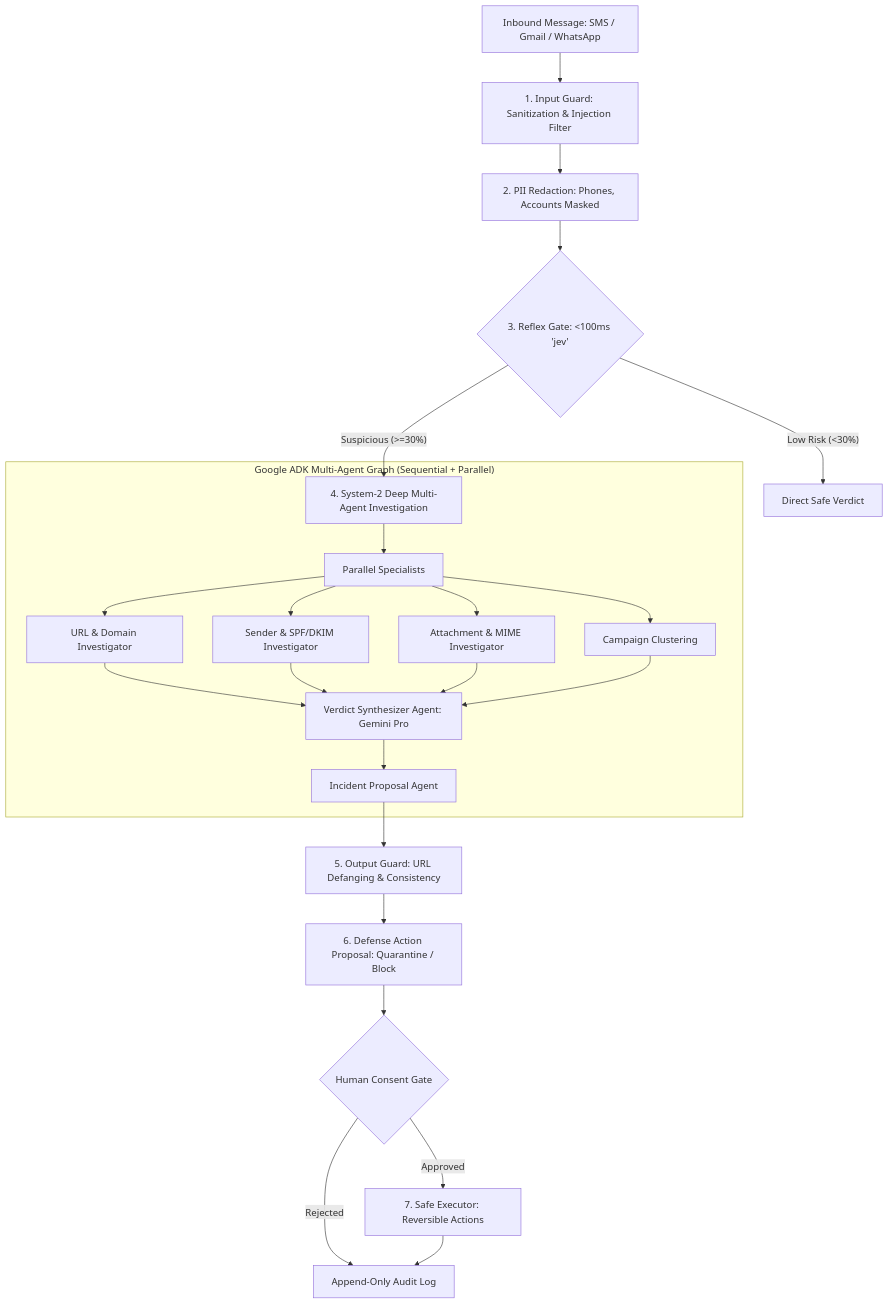
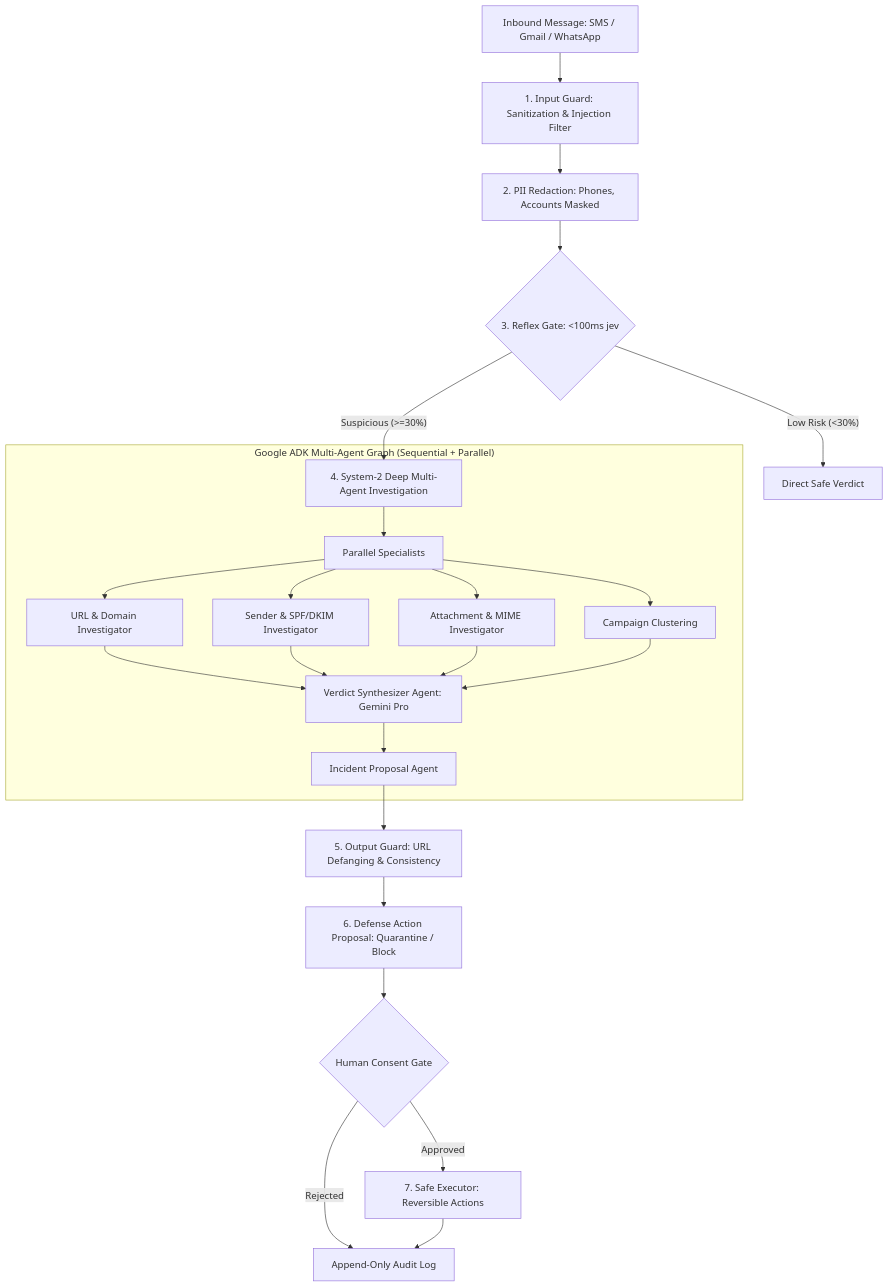
One commit to NANDAVELAN/scamshield changed the diagram in README.md. Above: the diagram before and after it, drawn with Mermaid.

Commit message:
Fix formatting in mermaid diagram in README

````diff
--- a/README.md
+++ b/README.md
@@ -56,30 +56,30 @@
 ```mermaid
 graph TD
     Inbound[Inbound Message: SMS / Gmail / WhatsApp] --> InputGuard[1. Input Guard: Sanitization & Injection Filter]
     InputGuard --> Redact[2. PII Redaction: Phones, Accounts Masked]
-    Redact --> ReflexGate{3. Reflex Gate: <100ms 'jev' } 
+    Redact --> ReflexGate{3. Reflex Gate: <100ms jev } 
     
     ReflexGate -- "Low Risk (<30%)" --> FastVerdict[Direct Safe Verdict]
     ReflexGate -- "Suspicious (>=30%)" --> Investigation[4. System-2 Deep Multi-Agent Investigation]
     
     subgraph "Google ADK Multi-Agent Graph (Sequential + Parallel)"
         Investigation --> ParallelAgents["Parallel Specialists"]
         ParallelAgents --> URLAgent[URL & Domain Investigator]
         ParallelAgents --> SenderAgent[Sender & SPF/DKIM Investigator]
         ParallelAgents --> AttachAgent[Attachment & MIME Investigator]
         ParallelAgents --> CampaignAgent[Campaign Clustering]
         
         URLAgent --> Synthesizer[Verdict Synthesizer Agent: Gemini Pro]
         SenderAgent --> Synthesizer
         AttachAgent --> Synthesizer
         CampaignAgent --> Synthesizer
         Synthesizer --> IncidentAgent[Incident Proposal Agent]
     end
     
     IncidentAgent --> OutputGuard[5. Output Guard: URL Defanging & Consistency]
     OutputGuard --> ProposedAction[6. Defense Action Proposal: Quarantine / Block]
     ProposedAction --> HumanGate{Human Consent Gate}
     HumanGate -- Approved --> Executor[7. Safe Executor: Reversible Actions]
     HumanGate -- Rejected --> AuditLog[Append-Only Audit Log]
     Executor --> AuditLog
 ```
````
